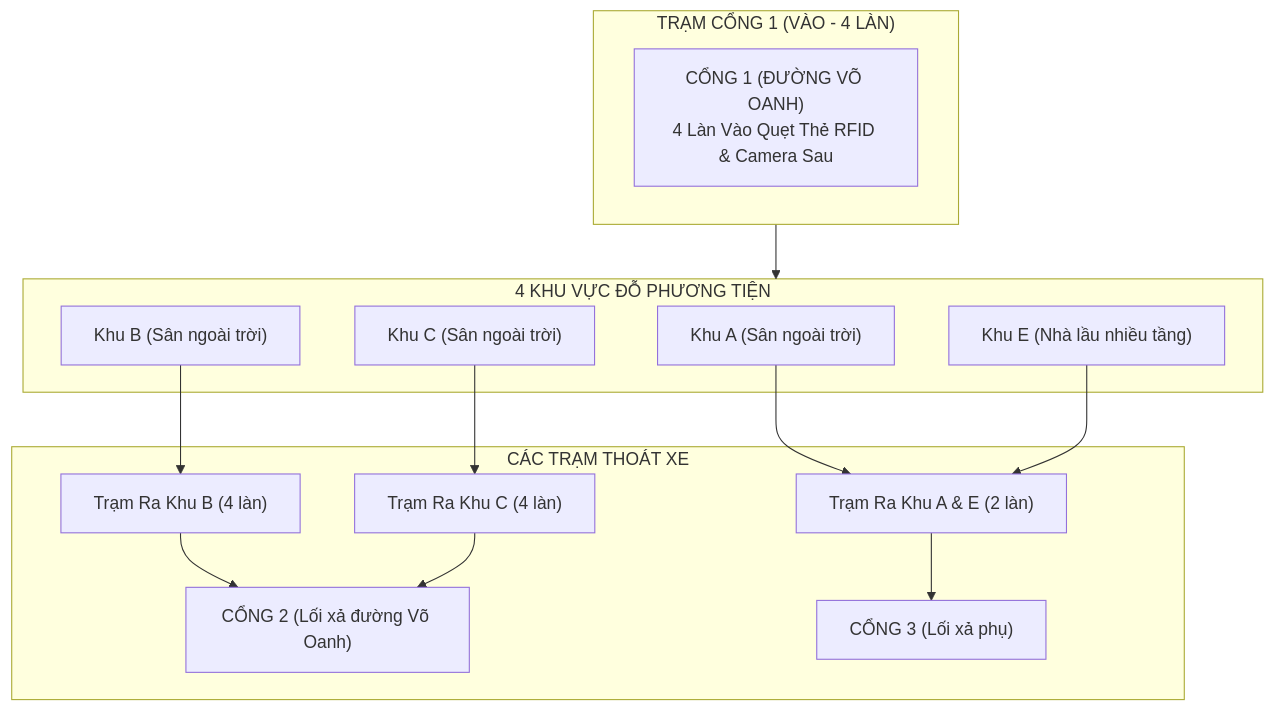
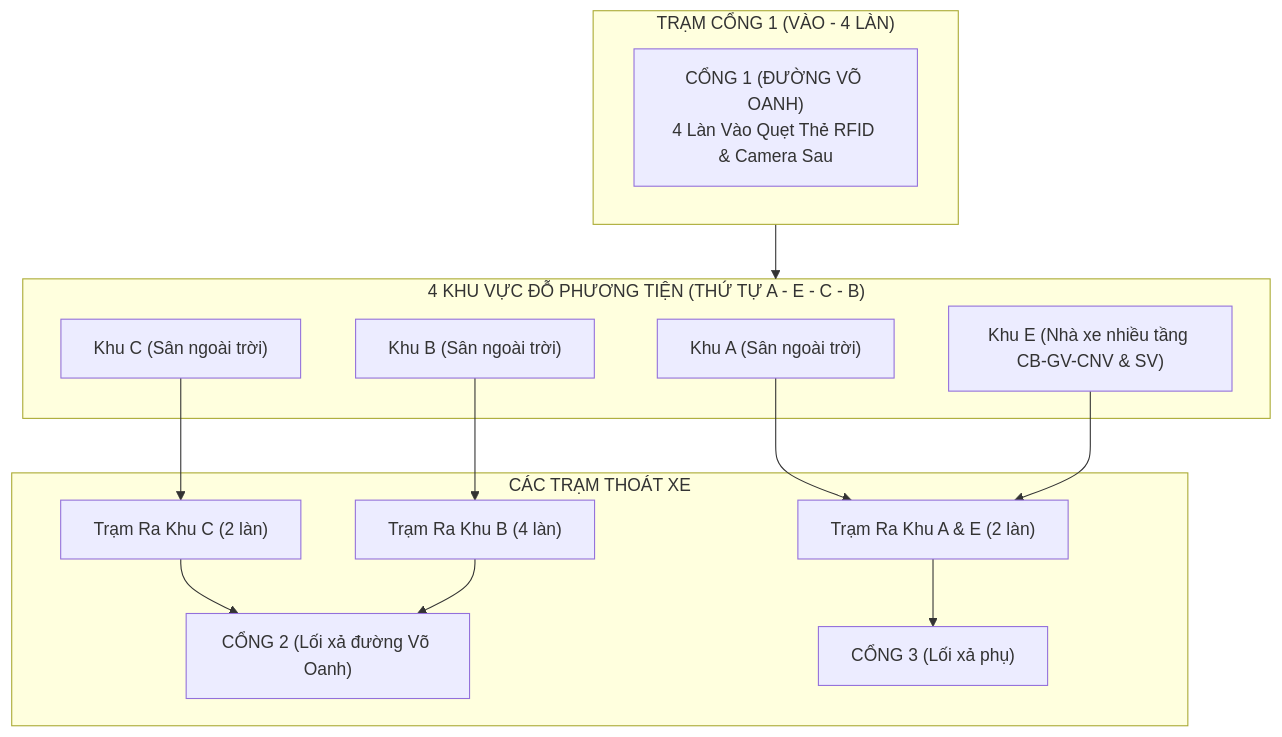
One commit to qhuynguyen0812-cyber/DATTCNPM-Smart-Parking changed the diagram in docs/SRS_SO_BO_SMART_PARKING_UTH_SE.md. Above: the diagram before and after it, drawn with Mermaid. The commit also changed other lines of this file and 12 other files, not shown here.

````diff
--- a/docs/SRS_SO_BO_SMART_PARKING_UTH_SE.md
+++ b/docs/SRS_SO_BO_SMART_PARKING_UTH_SE.md
@@ -38,25 +40,25 @@
 ```mermaid
 flowchart TD
     subgraph EntranceGate["TRẠM CỔNG 1 (VÀO - 4 LÀN)"]
         G1["CỔNG 1 (ĐƯỜNG VÕ OANH)<br>4 Làn Vào Quẹt Thẻ RFID & Camera Sau"]
     end
 
-    subgraph CampusZones["4 KHU VỰC ĐỖ PHƯƠNG TIỆN"]
+    subgraph CampusZones["4 KHU VỰC ĐỖ PHƯƠNG TIỆN (THỨ TỰ A - E - C - B)"]
         ZA["Khu A (Sân ngoài trời)"]
+        ZE["Khu E (Nhà xe nhiều tầng CB-GV-CNV & SV)"]
+        ZC["Khu C (Sân ngoài trời)"]
         ZB["Khu B (Sân ngoài trời)"]
-        ZC["Khu C (Sân ngoài trời)"]
-        ZE["Khu E (Nhà lầu nhiều tầng)"]
     end
 
     subgraph ExitStations["CÁC TRẠM THOÁT XE"]
-        TB["Trạm Ra Khu B (4 làn)"] --> Gate2["CỔNG 2 (Lối xả đường Võ Oanh)"]
-        TC["Trạm Ra Khu C (4 làn)"] --> Gate2
+        TC["Trạm Ra Khu C (2 làn)"] --> Gate2["CỔNG 2 (Lối xả đường Võ Oanh)"]
+        TB["Trạm Ra Khu B (4 làn)"] --> Gate2
         TAE["Trạm Ra Khu A & E (2 làn)"] --> Gate3["CỔNG 3 (Lối xả phụ)"]
     end
 
     EntranceGate --> CampusZones
-    ZB --> TB
-    ZC --> TC
     ZA --> TAE
     ZE --> TAE
+    ZC --> TC
+    ZB --> TB
 ```
````
